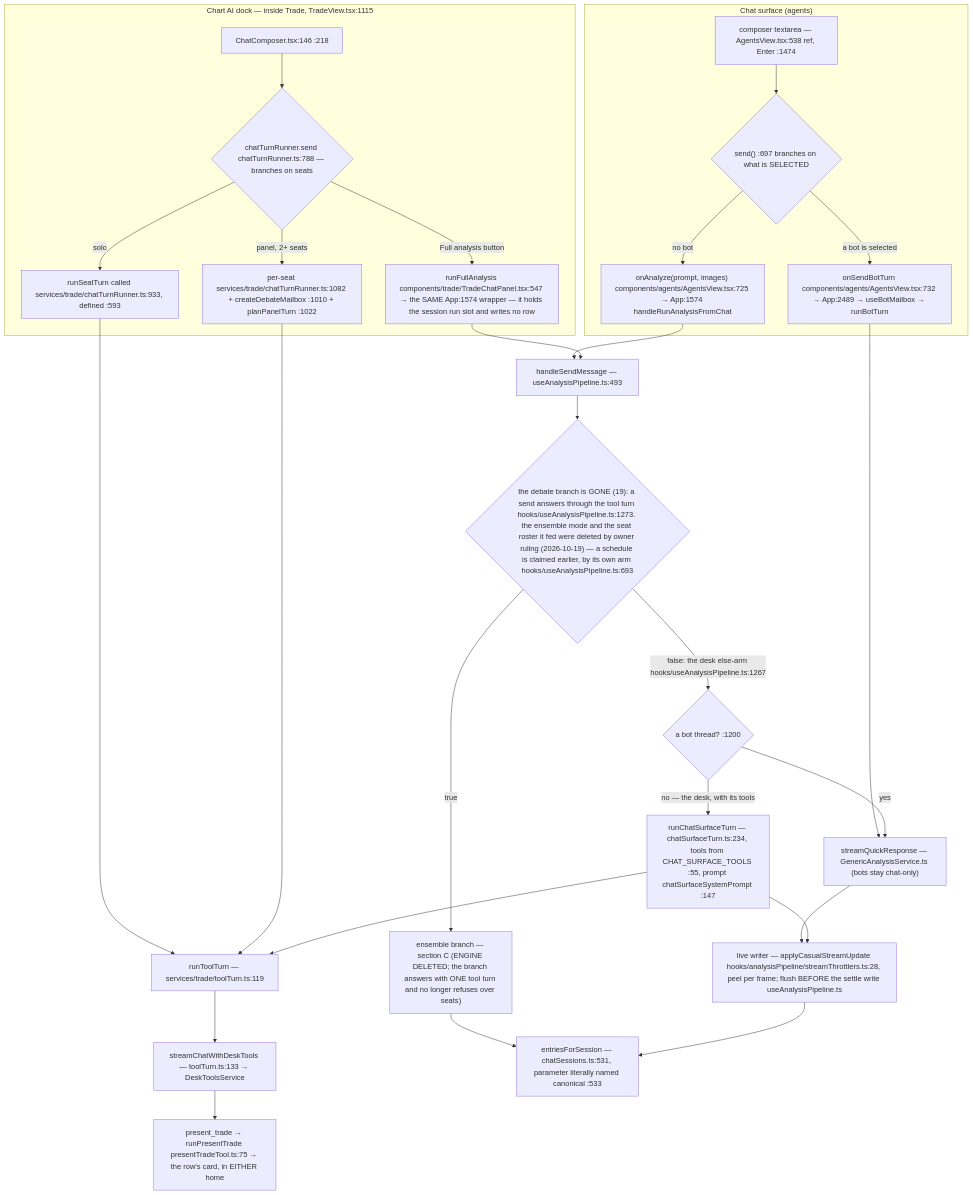
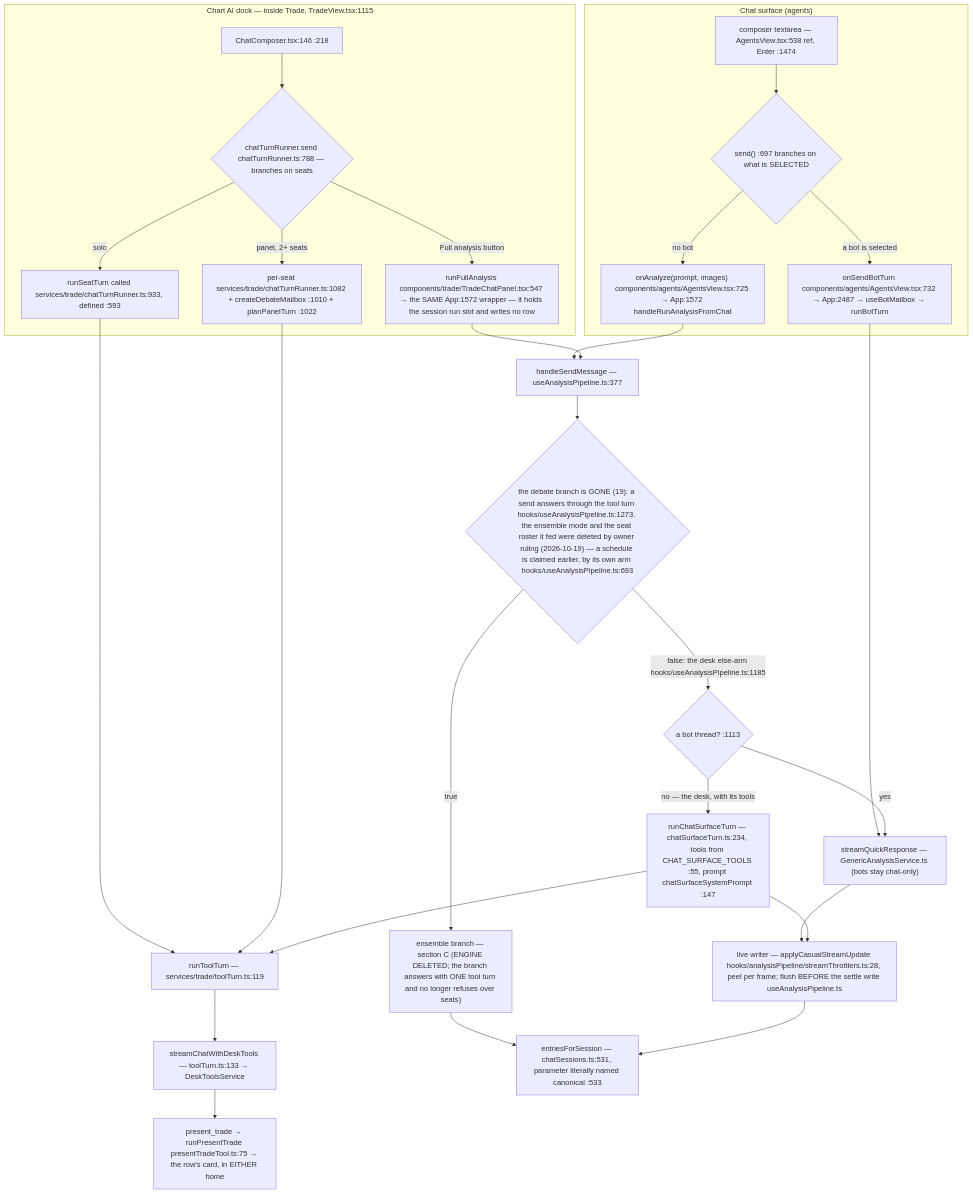
Before and after one commit to Acepay25/august-3.5: the second of 7 diagrams in docs/app-flow.md, drawn with Mermaid. The commit also changed other lines of this file and 10 other files, not shown here.

````diff
--- a/docs/app-flow.md
+++ b/docs/app-flow.md
@@ -61,31 +61,31 @@
 ```mermaid
 flowchart TD
     subgraph CHAT["Chat surface (agents)"]
         CB["composer textarea — AgentsView.tsx:538 ref, Enter :1474"] --> D1{"send() :697 branches on what is SELECTED"}
-        D1 -->|a bot is selected| BOT["onSendBotTurn components/agents/AgentsView.tsx:732 → App:2489 → useBotMailbox → runBotTurn"]
-        D1 -->|no bot| AN["onAnalyze(prompt, images) components/agents/AgentsView.tsx:725 → App:1574 handleRunAnalysisFromChat"]
+        D1 -->|a bot is selected| BOT["onSendBotTurn components/agents/AgentsView.tsx:732 → App:2487 → useBotMailbox → runBotTurn"]
+        D1 -->|no bot| AN["onAnalyze(prompt, images) components/agents/AgentsView.tsx:725 → App:1572 handleRunAnalysisFromChat"]
     end
     subgraph DOCK["Chart AI dock — inside Trade, TradeView.tsx:1115"]
         DC["ChatComposer.tsx:146 :218"] --> D2{"chatTurnRunner.send chatTurnRunner.ts:788 — branches on seats"}
         D2 -->|solo| SO["runSeatTurn called services/trade/chatTurnRunner.ts:933, defined :593"]
         D2 -->|panel, 2+ seats| PN["per-seat services/trade/chatTurnRunner.ts:1082 + createDebateMailbox :1010 + planPanelTurn :1022"]
-        D2 -->|Full analysis button| FA["runFullAnalysis components/trade/TradeChatPanel.tsx:547 → the SAME App:1574 wrapper — it holds the session run slot and writes no row"]
+        D2 -->|Full analysis button| FA["runFullAnalysis components/trade/TradeChatPanel.tsx:547 → the SAME App:1572 wrapper — it holds the session run slot and writes no row"]
     end
     SO --> TT["runToolTurn — services/trade/toolTurn.ts:119"]
     PN --> TT
     TT --> SCDT["streamChatWithDeskTools — toolTurn.ts:133 → DeskToolsService"]
     BOT --> TR["streamQuickResponse — GenericAnalysisService.ts (bots stay chat-only)"]
-    AN --> HSM["handleSendMessage — useAnalysisPipeline.ts:493"]
+    AN --> HSM["handleSendMessage — useAnalysisPipeline.ts:377"]
     FA --> HSM
     HSM --> D3{"the debate branch is GONE (19): a send answers through the tool turn hooks/useAnalysisPipeline.ts:1273. the ensemble mode and the seat roster it fed were deleted by owner ruling (2026-10-19) — a schedule is claimed earlier, by its own arm hooks/useAnalysisPipeline.ts:693"}
     D3 -->|true| ENS["ensemble branch — section C (ENGINE DELETED; the branch answers with ONE tool turn and no longer refuses over seats)"]
-    D3 -->|false: the desk else-arm hooks/useAnalysisPipeline.ts:1267| SPLIT{"a bot thread? :1200"}
+    D3 -->|false: the desk else-arm hooks/useAnalysisPipeline.ts:1185| SPLIT{"a bot thread? :1113"}
     SPLIT -->|yes| TR
     SPLIT -->|no — the desk, with its tools| CST["runChatSurfaceTurn — chatSurfaceTurn.ts:234, tools from CHAT_SURFACE_TOOLS :55, prompt chatSurfaceSystemPrompt :147"]
     CST --> TT
     TR --> LW["live writer — applyCasualStreamUpdate hooks/analysisPipeline/streamThrottlers.ts:28, peel per frame; flush BEFORE the settle write useAnalysisPipeline.ts"]
     CST --> LW
     ENS --> MERGE
     LW --> MERGE["entriesForSession — chatSessions.ts:531, parameter literally named canonical :533"]
     SCDT --> PT["present_trade → runPresentTrade presentTradeTool.ts:75 → the row's card, in EITHER home"]
 ```
````
